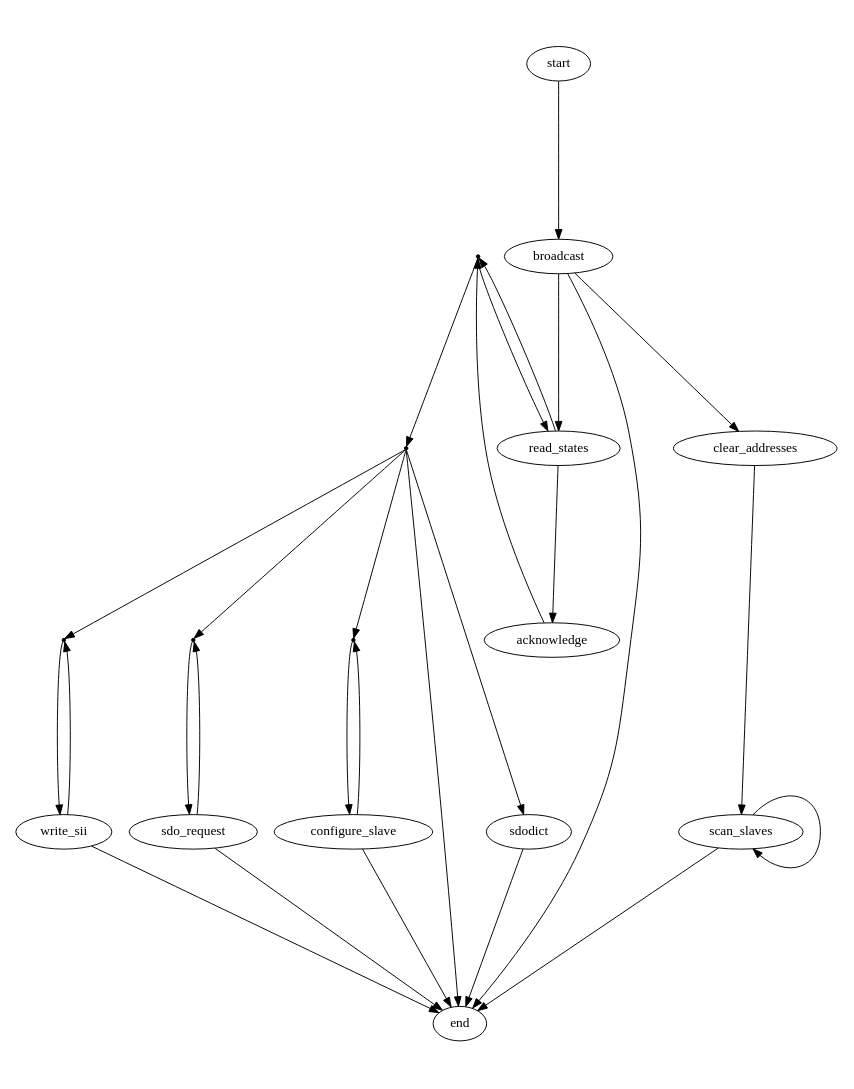
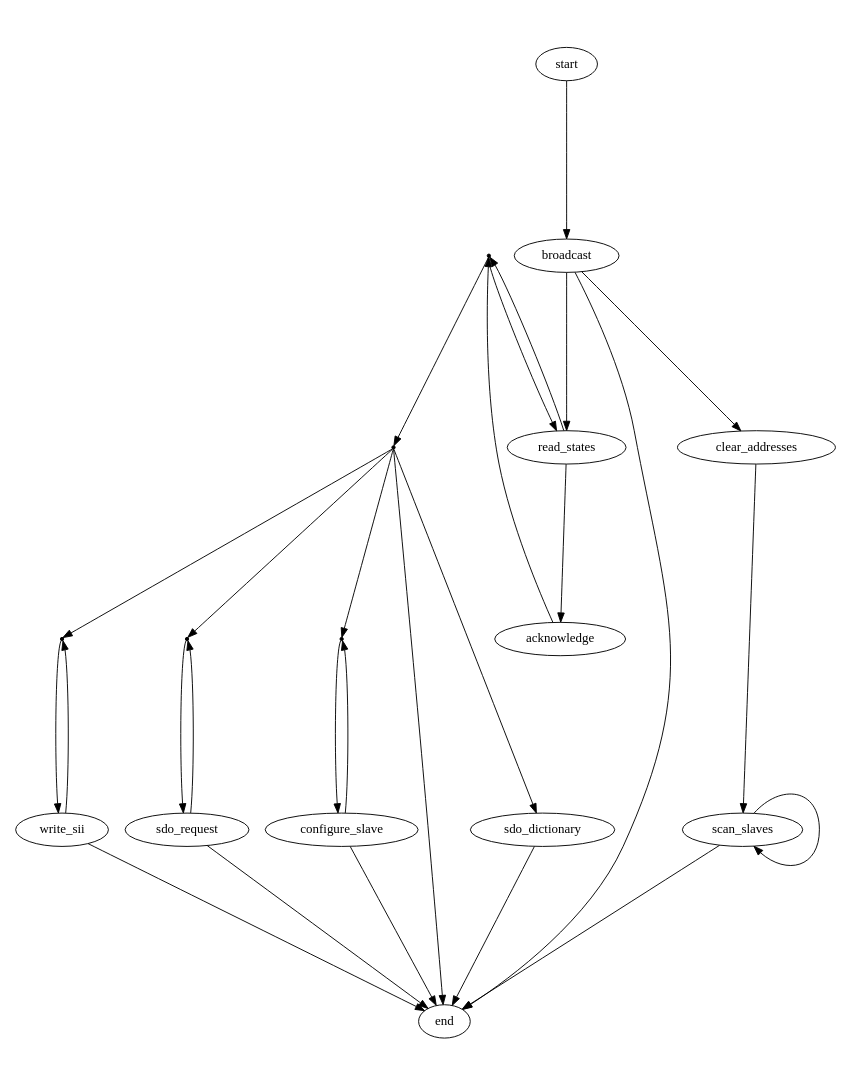
The diagram in documentation/graphs/fsm_master.dot (ribalda/ethercat), drawn with Graphviz before and after one commit. The commit also changed 2 other files, not shown here.

Commit message:
Renamed state sdodict to sdo_dictionary.

```diff
--- a/documentation/graphs/fsm_master.dot
+++ b/documentation/graphs/fsm_master.dot
@@ -1,67 +1,67 @@
 
 /* $Id$ */
 
 digraph master {
     size="7,9"
     center=1
 	ratio=fill
 
     action_process_sii [shape=point,label=""]
     action_process_sdo [shape=point,label=""]
     action_configure [shape=point,label=""]
     action_next_slave_state [shape=point,label=""]
     action_process_states [shape=point,label=""]
 
     start -> broadcast [weight=10]
 
     //broadcast -> error
     broadcast -> end
     broadcast -> clear_addresses
     broadcast -> read_states [weight=10]
 
     action_process_sii -> write_sii
 
     action_process_sdo -> sdo_request
 
     action_configure -> configure_slave
 
     action_process_states -> action_configure
     action_process_states -> action_process_sdo
-    action_process_states -> sdodict
+    action_process_states -> sdo_dictionary
     action_process_states -> action_process_sii
     action_process_states -> end
 
     action_next_slave_state -> read_states
     action_next_slave_state -> action_process_states
 
     //read_states -> error
     read_states -> action_next_slave_state
     read_states -> acknowledge
 
     //acknowledge -> error
     acknowledge -> action_next_slave_state
 
     //clear_addresses -> error
     clear_addresses -> scan_slaves
 
     scan_slaves -> scan_slaves
     scan_slaves -> end
 
     configure_slave -> action_configure
     configure_slave -> end
 
     //write_sii -> error
     write_sii -> action_process_sii
     write_sii -> end
 
-    //sdodict -> error
-    sdodict -> end
+    //sdo_dictionary -> error
+    sdo_dictionary -> end
 
     //sdo_request -> error
     sdo_request -> action_process_sdo
     sdo_request -> end
 
     //error -> start
 
     //end -> start
 }
```
